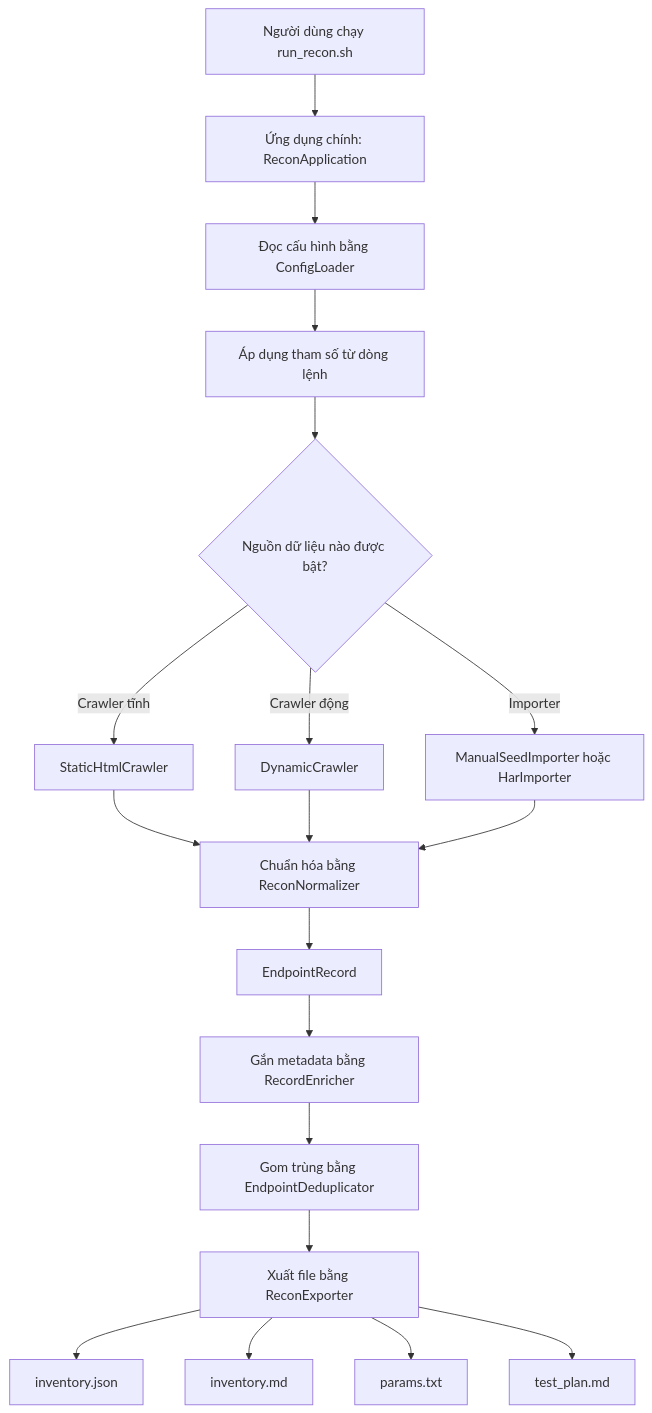
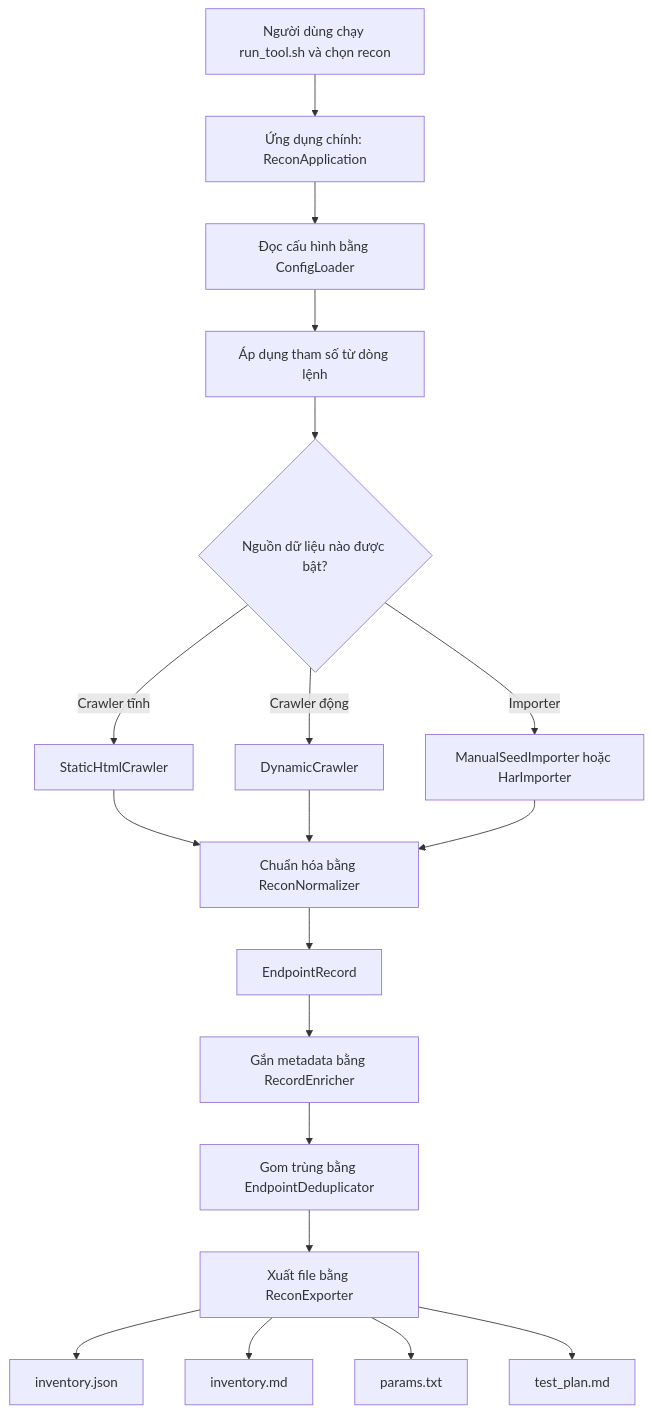
One commit to penguino7/toolkiemthu changed the first of 11 diagrams in recontool/RECON_FLOW.md. Above: the diagram before and after it, drawn with Mermaid. The commit also changed 16 other files, not shown here.

````diff
--- a/recontool/RECON_FLOW.md
+++ b/recontool/RECON_FLOW.md
@@ -15,25 +15,25 @@
 ```mermaid
 flowchart TD
-    A[Người dùng chạy run_recon.sh] --> B[Ứng dụng chính: ReconApplication]
+    A[Người dùng chạy run_tool.sh và chọn recon] --> B[Ứng dụng chính: ReconApplication]
     B --> C[Đọc cấu hình bằng ConfigLoader]
     C --> D[Áp dụng tham số từ dòng lệnh]
     D --> E{Nguồn dữ liệu nào được bật?}
 
     E -->|Crawler tĩnh| F[StaticHtmlCrawler]
     E -->|Crawler động| G[DynamicCrawler]
     E -->|Importer| H[ManualSeedImporter hoặc HarImporter]
 
     F --> I[Chuẩn hóa bằng ReconNormalizer]
     G --> I
     H --> I
 
     I --> J[EndpointRecord]
     J --> K[Gắn metadata bằng RecordEnricher]
     K --> L[Gom trùng bằng EndpointDeduplicator]
     L --> M[Xuất file bằng ReconExporter]
 
     M --> N[inventory.json]
     M --> O[inventory.md]
     M --> P[params.txt]
     M --> Q[test_plan.md]
 ```
````
